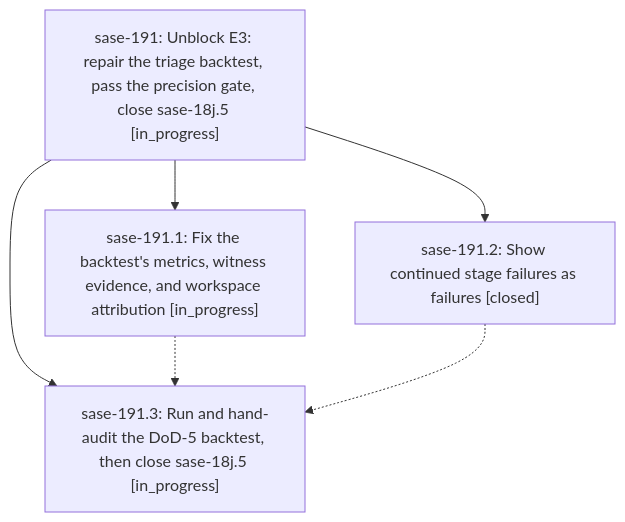
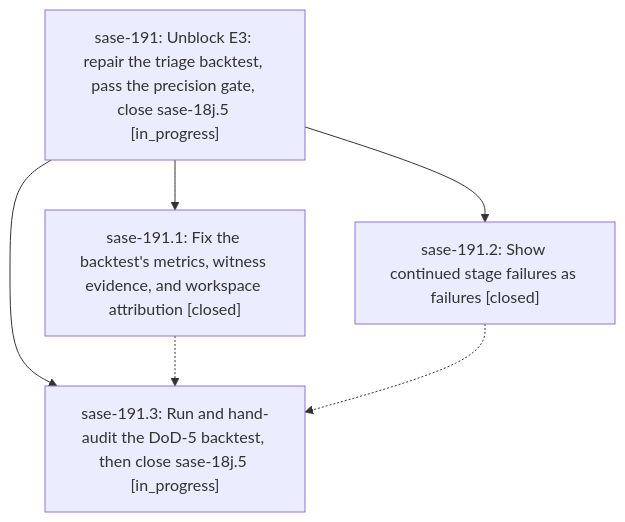
The diagram in pages/sase-191/README.md (sase-org/sase--beads), drawn with Mermaid before and after one commit. The commit also changed other lines of this file and 3 other files, not shown here.

````diff
--- a/pages/sase-191/README.md
+++ b/pages/sase-191/README.md
@@ -24,12 +24,12 @@
 ```mermaid
 flowchart TD
     n0["sase-191: Unblock E3: repair the triage backtest, pass the precision gate, close sase-18j.5 [in_progress]"]
-    n1["sase-191.1: Fix the backtest's metrics, witness evidence, and workspace attribution [in_progress]"]
+    n1["sase-191.1: Fix the backtest's metrics, witness evidence, and workspace attribution [closed]"]
     n2["sase-191.2: Show continued stage failures as failures [closed]"]
     n3["sase-191.3: Run and hand-audit the DoD-5 backtest, then close sase-18j.5 [in_progress]"]
     n0 --> n1
     n0 --> n2
     n0 --> n3
     n1 -.-> n3
     n2 -.-> n3
 ```
````
